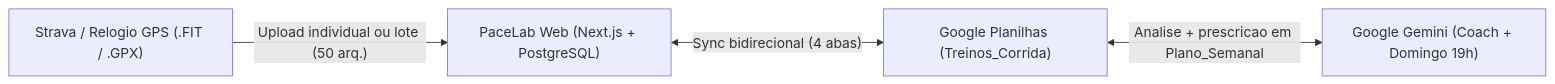
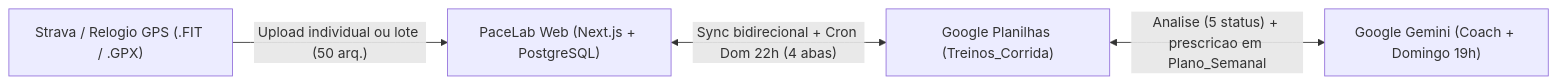
Before and after one commit to Kauanrodrigues01/PaceLab: the diagram in README.md, drawn with Mermaid. The commit also changed other lines of this file and 43 other files, not shown here.

````diff
--- a/README.md
+++ b/README.md
@@ -9,6 +9,6 @@
 ```mermaid
 flowchart LR
     Strava["Strava / Relogio GPS (.FIT / .GPX)"] -->|"Upload individual ou lote (50 arq.)"| PaceLab["PaceLab Web (Next.js + PostgreSQL)"]
-    PaceLab <-->|"Sync bidirecional (4 abas)"| Sheets["Google Planilhas (Treinos_Corrida)"]
-    Sheets <-->|"Analise + prescricao em Plano_Semanal"| Gemini["Google Gemini (Coach + Domingo 19h)"]
+    PaceLab <-->|"Sync bidirecional + Cron Dom 22h (4 abas)"| Sheets["Google Planilhas (Treinos_Corrida)"]
+    Sheets <-->|"Analise (5 status) + prescricao em Plano_Semanal"| Gemini["Google Gemini (Coach + Domingo 19h)"]
 ```
````
